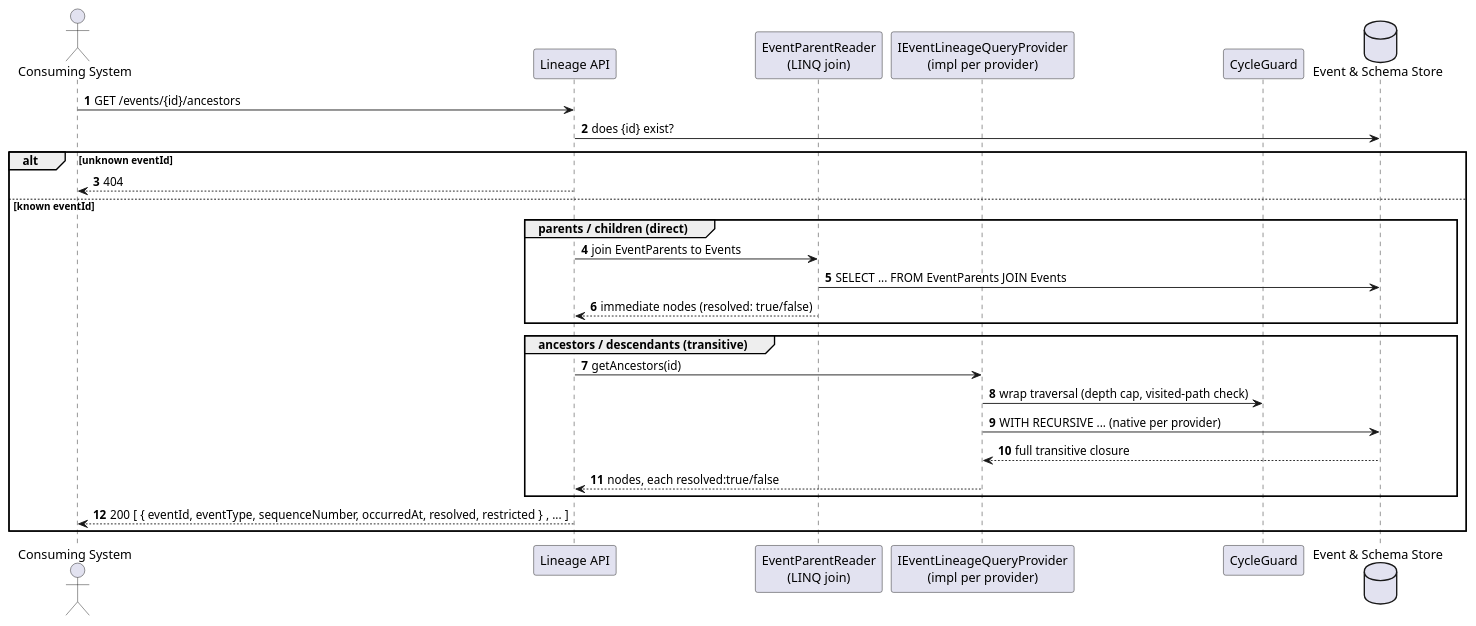
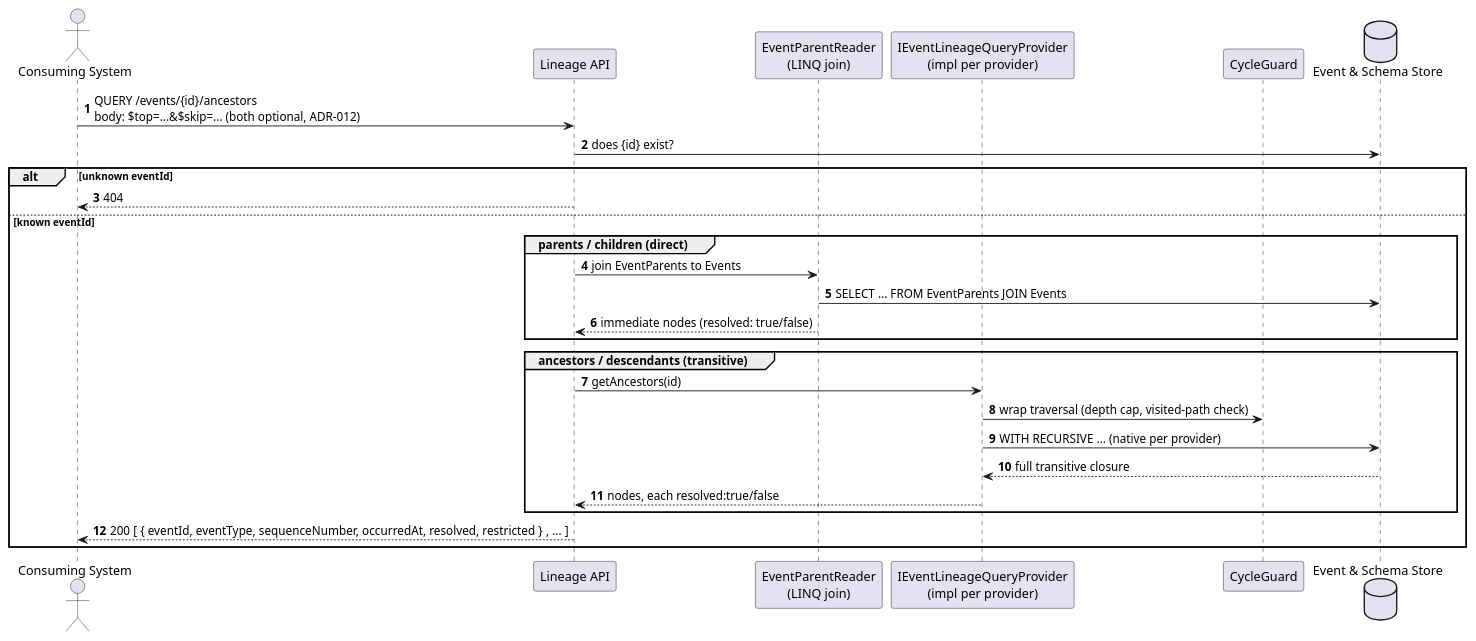
One commit to Mwwhited-BookLearning/EventSourcing changed the second of 3 diagrams in docs/features/event-chains.md. Above: the diagram before and after it, drawn with PlantUML. The commit also changed other lines of this file and 15 other files, not shown here.

````diff
--- a/docs/features/event-chains.md
+++ b/docs/features/event-chains.md
@@ -42,31 +46,31 @@
 ```plantuml
 @startuml EventChains_Query_Sequence
 autonumber
 actor "Consuming System" as client
 participant "Lineage API" as endpoint
 participant "EventParentReader\n(LINQ join)" as directReader
 participant "IEventLineageQueryProvider\n(impl per provider)" as recursiveReader
 participant "CycleGuard" as guard
 database "Event & Schema Store" as db
 
-client -> endpoint: GET /events/{id}/ancestors
+client -> endpoint: QUERY /events/{id}/ancestors\nbody: $top=...&$skip=... (both optional, ADR-012)
 endpoint -> db: does {id} exist?
 alt unknown eventId
   endpoint --> client: 404
 else known eventId
   group parents / children (direct)
     endpoint -> directReader: join EventParents to Events
     directReader -> db: SELECT ... FROM EventParents JOIN Events
     directReader --> endpoint: immediate nodes (resolved: true/false)
   end
   group ancestors / descendants (transitive)
     endpoint -> recursiveReader: getAncestors(id)
     recursiveReader -> guard: wrap traversal (depth cap, visited-path check)
     recursiveReader -> db: WITH RECURSIVE ... (native per provider)
     db --> recursiveReader: full transitive closure
     recursiveReader --> endpoint: nodes, each resolved:true/false
   end
   endpoint --> client: 200 [ { eventId, eventType, sequenceNumber, occurredAt, resolved, restricted } , ... ]
 end
 @enduml
 ```
````
